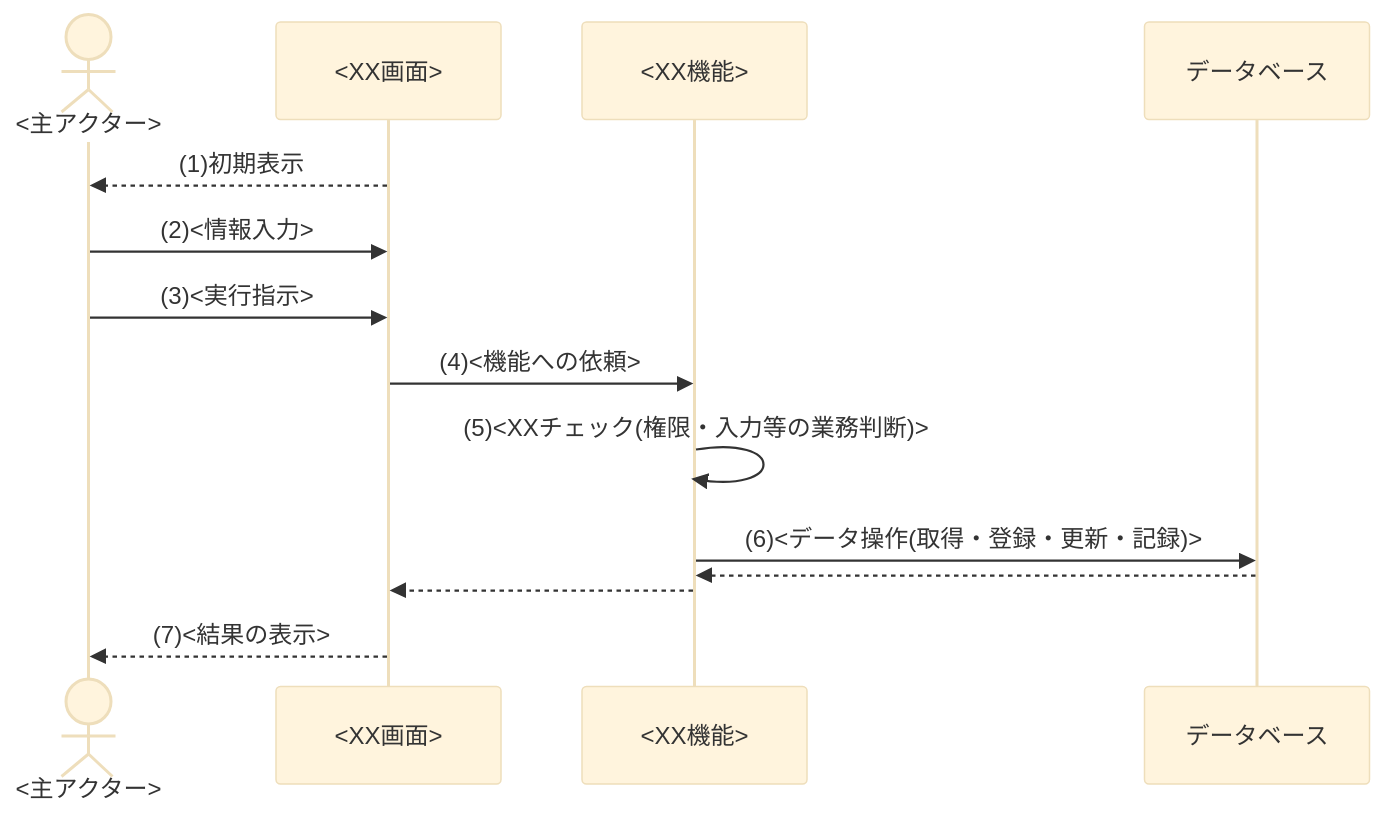
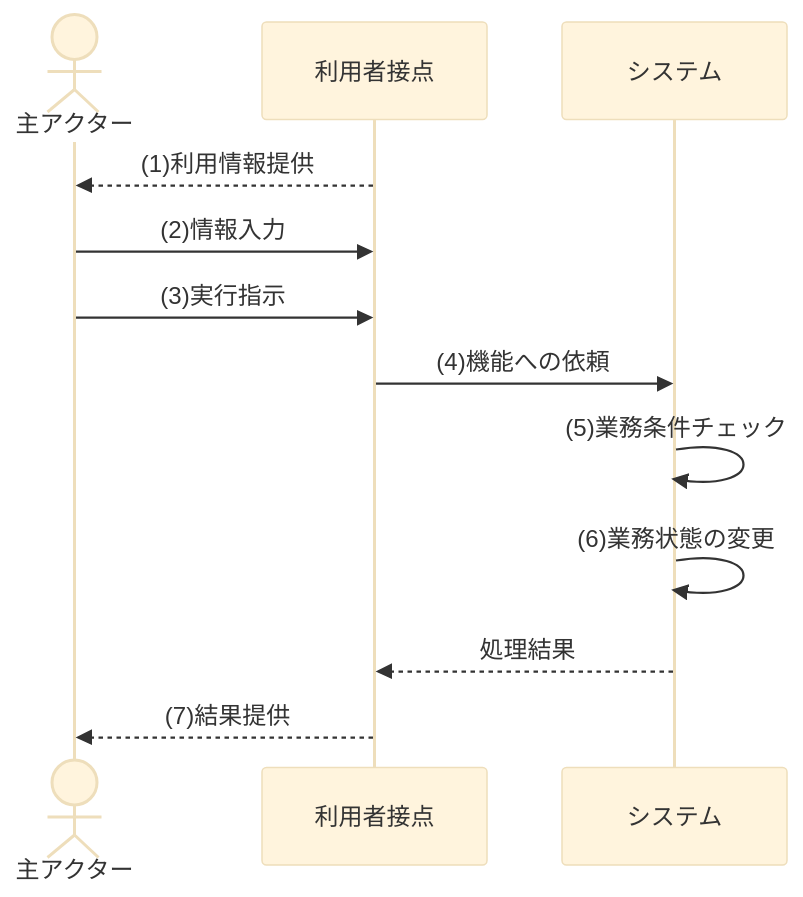
One commit to sikakou54/system-document-template changed the first of 4 diagrams in テンプレート/02_機能要件.md. Above: the diagram before and after it, drawn with Mermaid (base theme). The commit also changed other lines of this file and 11 other files, not shown here.

Commit message:
機能要件レビューとシーケンス図を改善

````diff
--- a/テンプレート/02_機能要件.md
+++ b/テンプレート/02_機能要件.md
@@ -151,16 +205,14 @@
 ```mermaid
 sequenceDiagram
-    actor U as <主アクター>
-    participant SCR as <XX画面>
-    participant FUNC as <XX機能>
-    participant DB as データベース
-    SCR-->>U: (1)初期表示
-    U->>SCR: (2)<情報入力>
-    U->>SCR: (3)<実行指示>
-    SCR->>FUNC: (4)<機能への依頼>
-    FUNC->>FUNC: (5)<XXチェック(権限・入力等の業務判断)>
-    FUNC->>DB: (6)<データ操作(取得・登録・更新・記録)>
-    DB-->>FUNC:
-    FUNC-->>SCR:
-    SCR-->>U: (7)<結果の表示>
+    actor U as 主アクター
+    participant SCR as 利用者接点
+    participant FUNC as システム
+    SCR-->>U: (1)利用情報提供
+    U->>SCR: (2)情報入力
+    U->>SCR: (3)実行指示
+    SCR->>FUNC: (4)機能への依頼
+    FUNC->>FUNC: (5)業務条件チェック
+    FUNC->>FUNC: (6)業務状態の変更
+    FUNC-->>SCR: 処理結果
+    SCR-->>U: (7)結果提供
 ```
````
